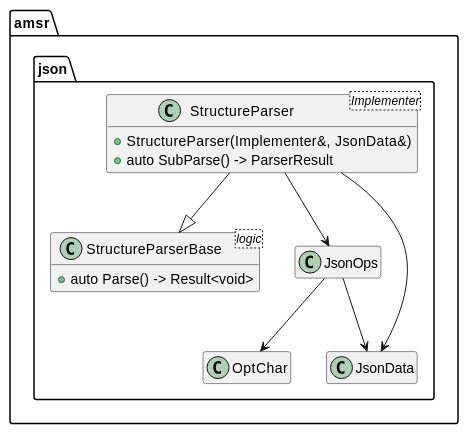
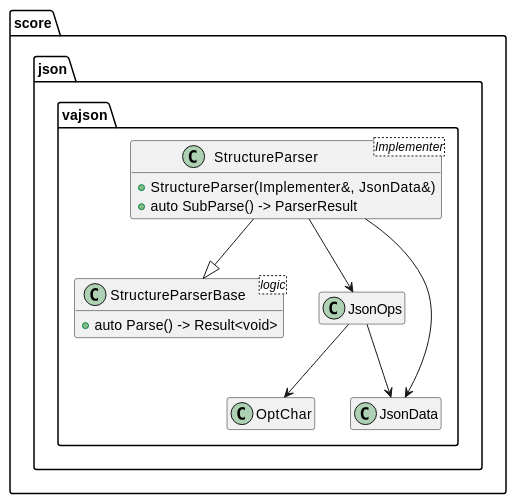
One commit to eclipse-score/baselibs changed the fifth of 9 diagrams in docs/baselibs/components/json/docs/vajson/design/logical/Reader.rst. Above: the diagram before and after it, drawn with PlantUML. The commit also changed other lines of this file and 5 other files, not shown here.

```diff
--- a/docs/baselibs/components/json/docs/vajson/design/logical/Reader.rst
+++ b/docs/baselibs/components/json/docs/vajson/design/logical/Reader.rst
@@ -419,31 +390,33 @@
 .. uml::
 
     @startuml
     hide empty members
 
-    package "amsr" {
+    package "score" {
       package "json" {
-        class StructureParser<Implementer> {
-          + StructureParser(Implementer&, JsonData&)
-          + auto SubParse() -> ParserResult
+        package "vajson" {
+          class StructureParser<Implementer> {
+            + StructureParser(Implementer&, JsonData&)
+            + auto SubParse() -> ParserResult
+          }
+          class StructureParserBase<logic> {
+          + auto Parse() -> Result<void>
+          }
+
+          class OptChar {}
+
+          class JsonOps {}
+
+          class JsonData {}
         }
-        class StructureParserBase<logic> {
-        + auto Parse() -> Result<void>
-        }
-
-        class OptChar {}
-
-        class JsonOps {}
-
-        class JsonData {}
       }
     }
 
     StructureParser --> JsonOps
     StructureParser --|> StructureParserBase
 
     StructureParser --> JsonData
 
     JsonOps --> JsonData
     JsonOps --> OptChar
     @enduml
```
